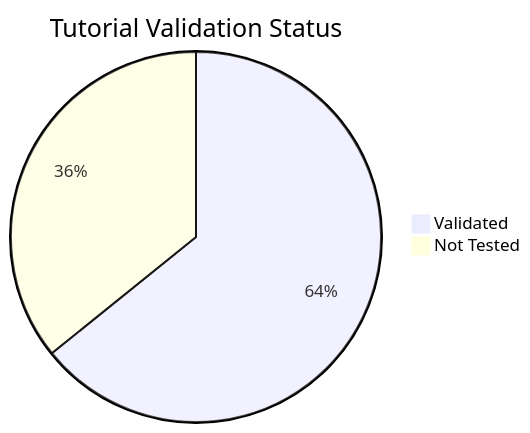
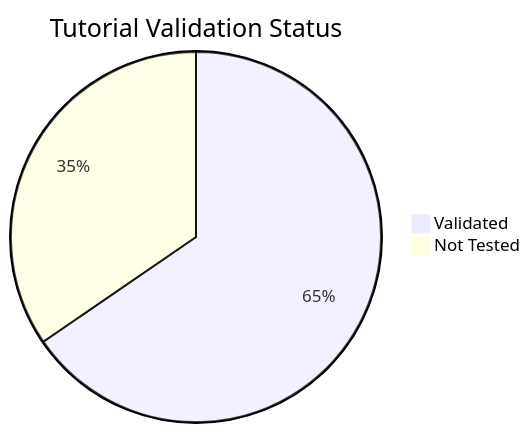
Before and after one commit to yeongseon/azure-container-apps-practical-guide: the diagram in docs/reference/validation-status.md, drawn with Mermaid. The commit also changed other lines of this file and 1 other file, not shown here.

````diff
--- a/docs/reference/validation-status.md
+++ b/docs/reference/validation-status.md
@@ -35,5 +35,5 @@
 ```mermaid
 pie title Tutorial Validation Status
-    "Validated" : 52
-    "Not Tested" : 29
+    "Validated" : 53
+    "Not Tested" : 28
 ```
````
